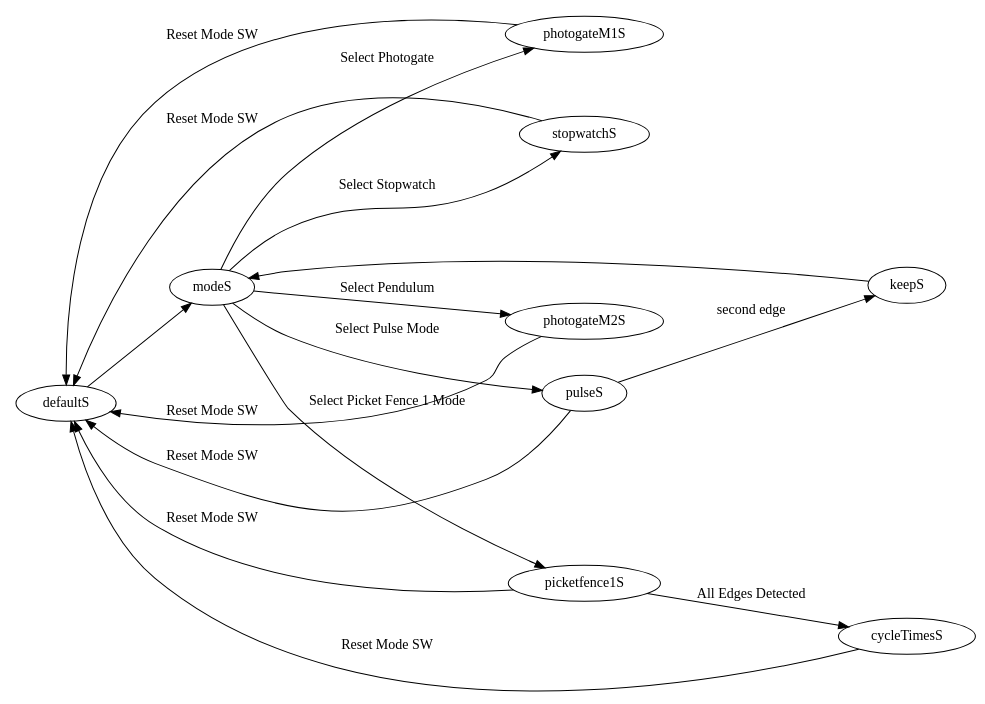
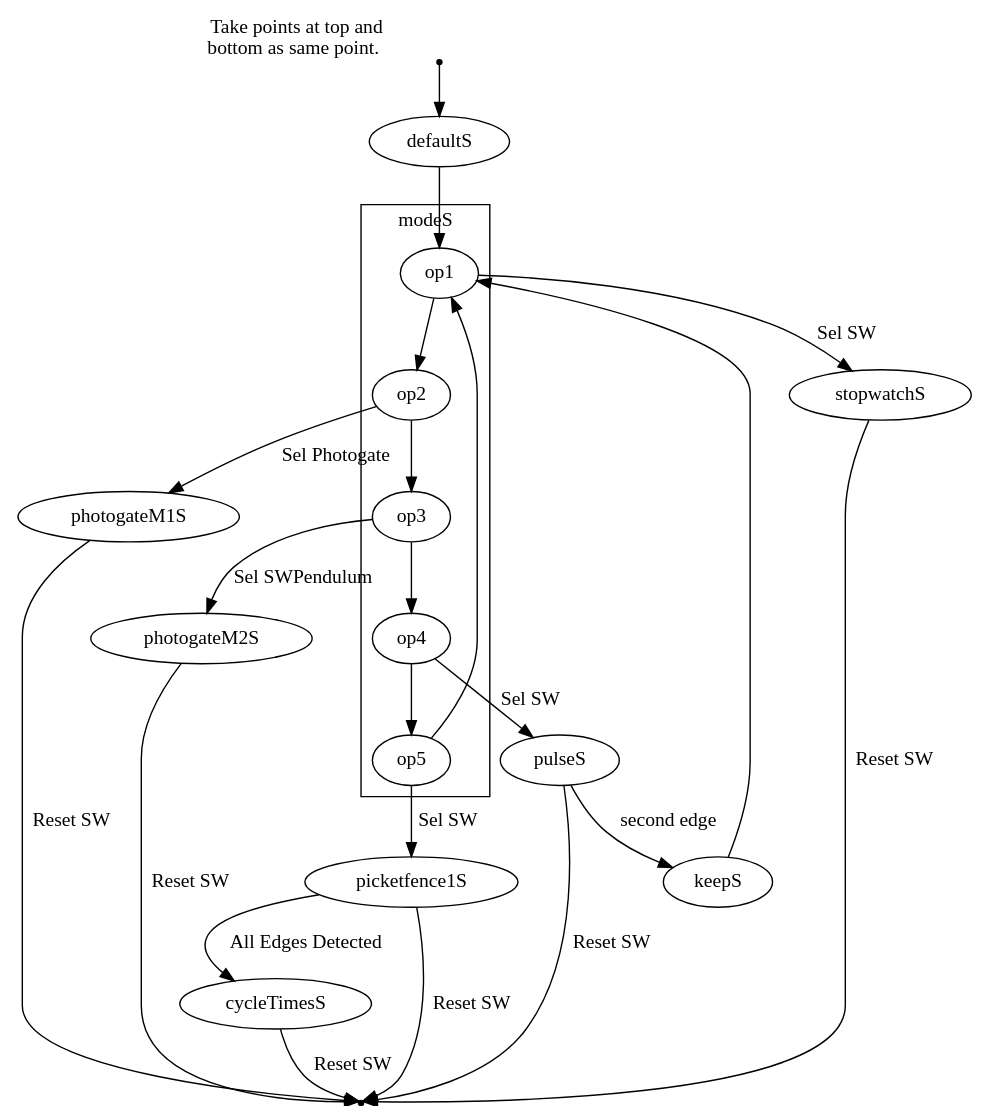
Before and after one commit to danpeirce/danpeirce.github.io: the diagram in 2018/graphviz/readme.md, drawn with Graphviz. The commit also changed 3 other files, not shown here.

Commit message:
added substates to modeS in state diagram example

````diff
--- a/2018/graphviz/readme.md
+++ b/2018/graphviz/readme.md
@@ -19,27 +19,41 @@
 ``` dot
 digraph finite_state_machine {
-        rankdir=LR;
+        //rankdir=LR;
         size="8,10"
-        graph [ranksep="0.525", nodesep="0.5"];
+        //graph [ranksep="0.525", nodesep="0.5"];
+        start [shape=point, xlabel=<Take points at top and<br /> bottom as same point.>];
+        end [shape=point];
         //node [shape = circle];
-        defaultS -> modeS 
-        modeS -> stopwatchS [ label = "Select Stopwatch" ]
-        stopwatchS -> defaultS [ label = "Reset Mode SW" ]
-        modeS -> photogateM1S [ label = "Select Photogate" ]
-        photogateM1S -> defaultS [ label = "Reset Mode SW" ]
-        modeS -> photogateM2S [ label = "Select Pendulum" ]
-        photogateM2S -> defaultS [ label = "Reset Mode SW" ]
-        modeS -> pulseS [ label = "Select Pulse Mode" ]
-        pulseS -> defaultS [ label = "Reset Mode SW" ]
+        start -> defaultS
+        defaultS -> op1;
+        
+        op1 -> stopwatchS [ label = "Sel SW" ]
+        stopwatchS -> end [ label = "Reset SW" ]
+        op2 -> photogateM1S [ label = "Sel Photogate" ]
+        photogateM1S -> end [ label = "Reset SW" ]
+        op3 -> photogateM2S [ label = <Sel SWPendulum> ]
+        photogateM2S -> end [ label = "Reset SW" ]
+        op4 -> pulseS [ label = "Sel SW" ]
+        pulseS -> end [ label = "Reset SW" ]
         pulseS -> keepS [label = "second edge" ]
-        keepS -> modeS
-        modeS -> picketfence1S [ label = "Select Picket Fence 1 Mode" ]
-        picketfence1S -> defaultS [ label = "Reset Mode SW" ]
+        keepS -> op1;
+        op5 -> picketfence1S [ label = "Sel SW" ]
+        picketfence1S -> end [ label = "Reset SW" ]
         picketfence1S -> cycleTimesS [ label = "All Edges Detected" ]
-        cycleTimesS -> defaultS [ label = "Reset Mode SW" ]
+        cycleTimesS -> end [ label = "Reset SW" ]
+        subgraph cluster_mode {
+                 rankdir=TB;
+                 node [shape = circle];
+                 op1 -> op2;
+                 op2 -> op3;
+                 op3 -> op4;
+                 op4 -> op5;
+                 op5 -> op1;
+                 label = "modeS";
+        } 
 }
 
 /*
 dot -Tpng pickmode.gv -o pickmode.png
 */
 ```
````
